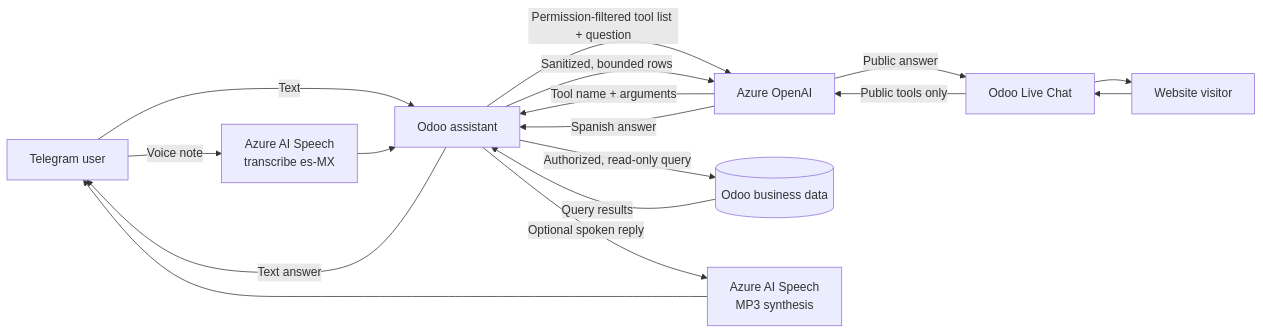
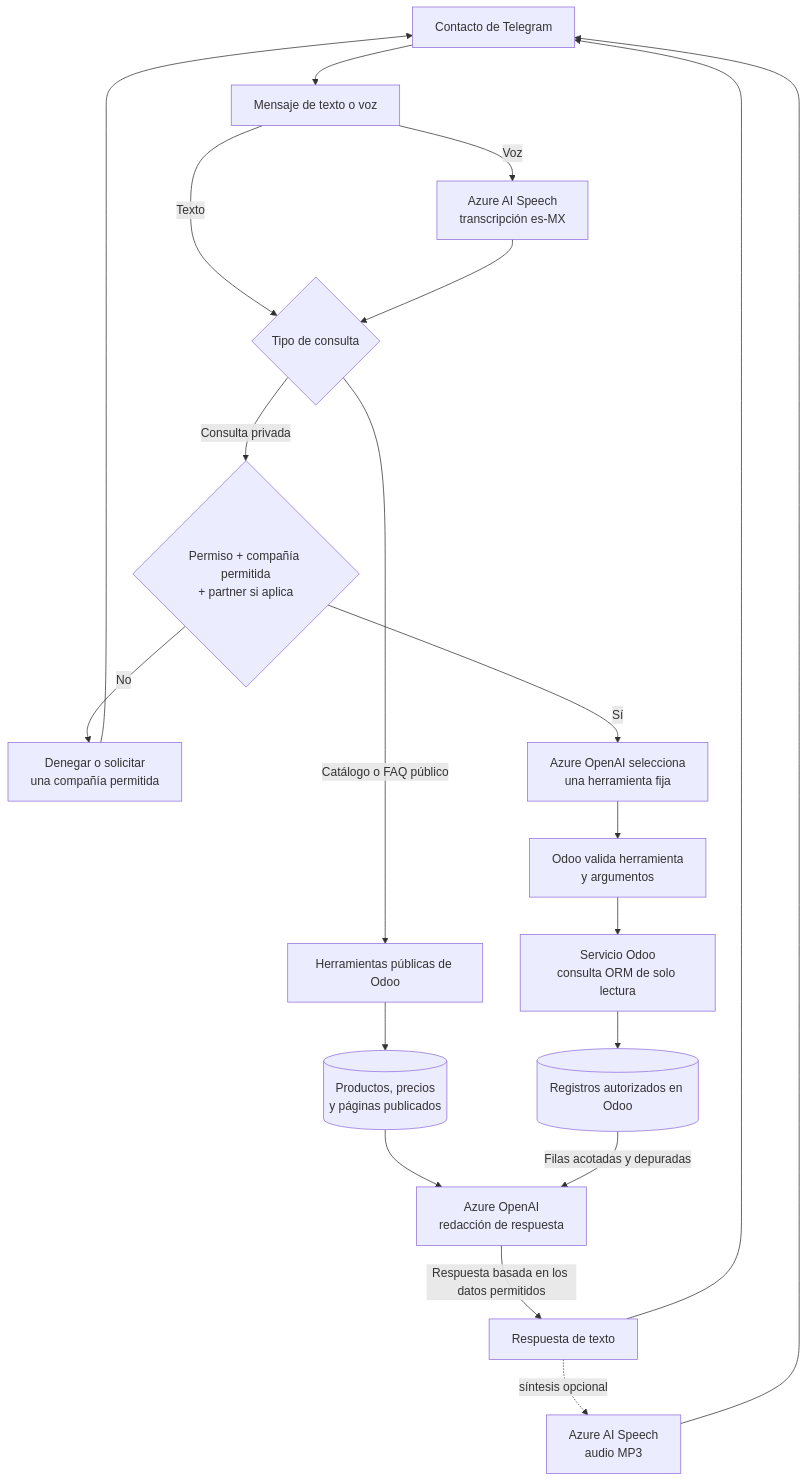
One commit to ahilotuz/proyecto-distribuidora-rio-claro changed the second of 3 diagrams in custom_addons/rioclaro_invoice_inbox/README.md. Above: the diagram before and after it, drawn with Mermaid. The commit also changed other lines of this file and 79 other files, not shown here.

````diff
--- a/custom_addons/rioclaro_invoice_inbox/README.md
+++ b/custom_addons/rioclaro_invoice_inbox/README.md
@@ -60,19 +182,25 @@
 ```mermaid
-flowchart LR
-    User[Telegram user] -->|Text| Odoo
-    User -->|Voice note| Speech[Azure AI Speech<br/>transcribe es-MX]
-    Speech --> Odoo[Odoo assistant]
-    Odoo -->|Permission-filtered tool list + question| AOAI[Azure OpenAI]
-    AOAI -->|Tool name + arguments| Odoo
-    Odoo -->|Authorized, read-only query| Data[(Odoo business data)]
-    Data -->|Query results| Odoo
-    Odoo -->|Sanitized, bounded rows| AOAI
-    AOAI -->|Spanish answer| Odoo
-    Odoo -->|Optional spoken reply| SpeechOut[Azure AI Speech<br/>MP3 synthesis]
-    Odoo -->|Text answer| User
-    SpeechOut --> User
-    Visitor[Website visitor] --> LiveChat[Odoo Live Chat]
-    LiveChat -->|Public tools only| AOAI
-    AOAI -->|Public answer| LiveChat
-    LiveChat --> Visitor
+flowchart TD
+    Contact[Contacto de Telegram] --> Input[Mensaje de texto o voz]
+    Input -->|Voz| STT[Azure AI Speech<br/>transcripción es-MX]
+    Input -->|Texto| Intent{Tipo de consulta}
+    STT --> Intent
+
+    Intent -->|Catálogo o FAQ público| PublicTools[Herramientas públicas de Odoo]
+    PublicTools --> PublicData[(Productos, precios<br/>y páginas publicados)]
+    PublicData --> AOAI[Azure OpenAI<br/>redacción de respuesta]
+
+    Intent -->|Consulta privada| Scope{Permiso + compañía permitida<br/>+ partner si aplica}
+    Scope -->|No| Deny[Denegar o solicitar<br/>una compañía permitida]
+    Scope -->|Sí| Pick[Azure OpenAI selecciona<br/>una herramienta fija]
+    Pick --> Recheck[Odoo valida herramienta<br/>y argumentos]
+    Recheck --> Read[Servicio Odoo<br/>consulta ORM de solo lectura]
+    Read --> BusinessData[(Registros autorizados en Odoo)]
+    BusinessData -->|Filas acotadas y depuradas| AOAI
+
+    AOAI -->|Respuesta basada en los datos permitidos| Reply[Respuesta de texto]
+    Reply --> Contact
+    Reply -. síntesis opcional .-> TTS[Azure AI Speech<br/>audio MP3]
+    TTS --> Contact
+    Deny --> Contact
 ```
````
